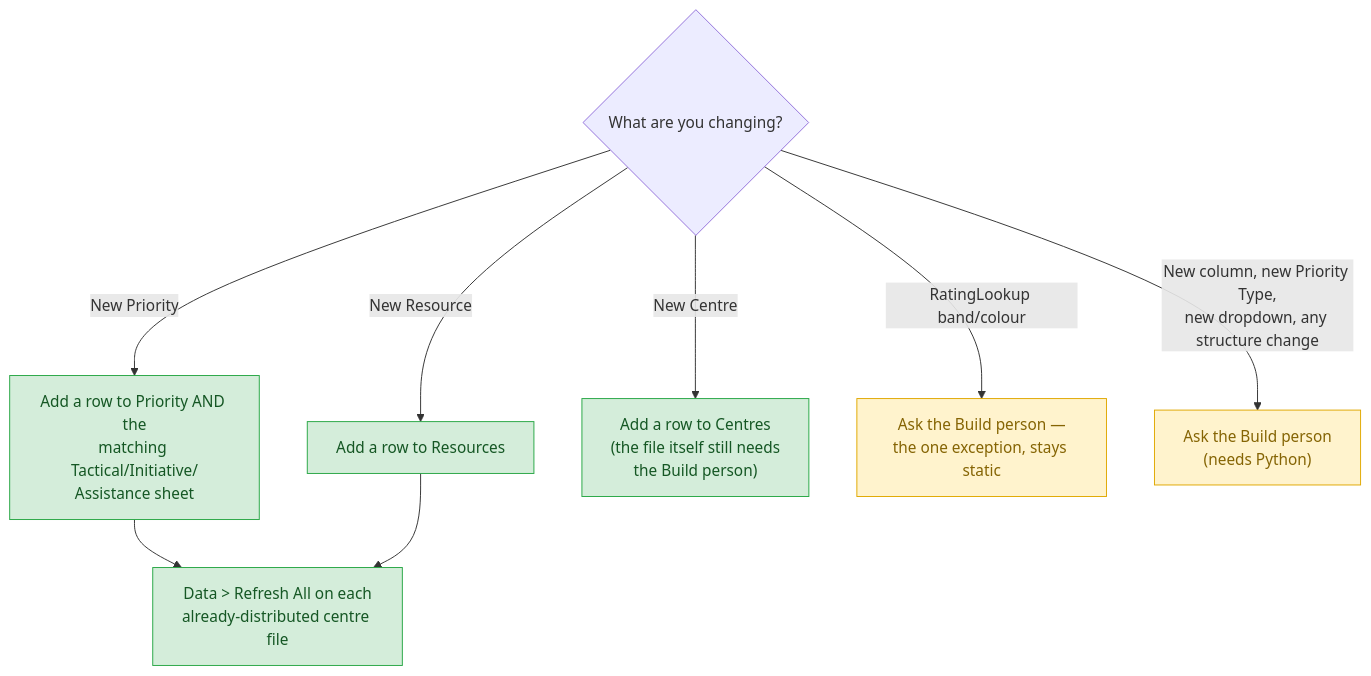
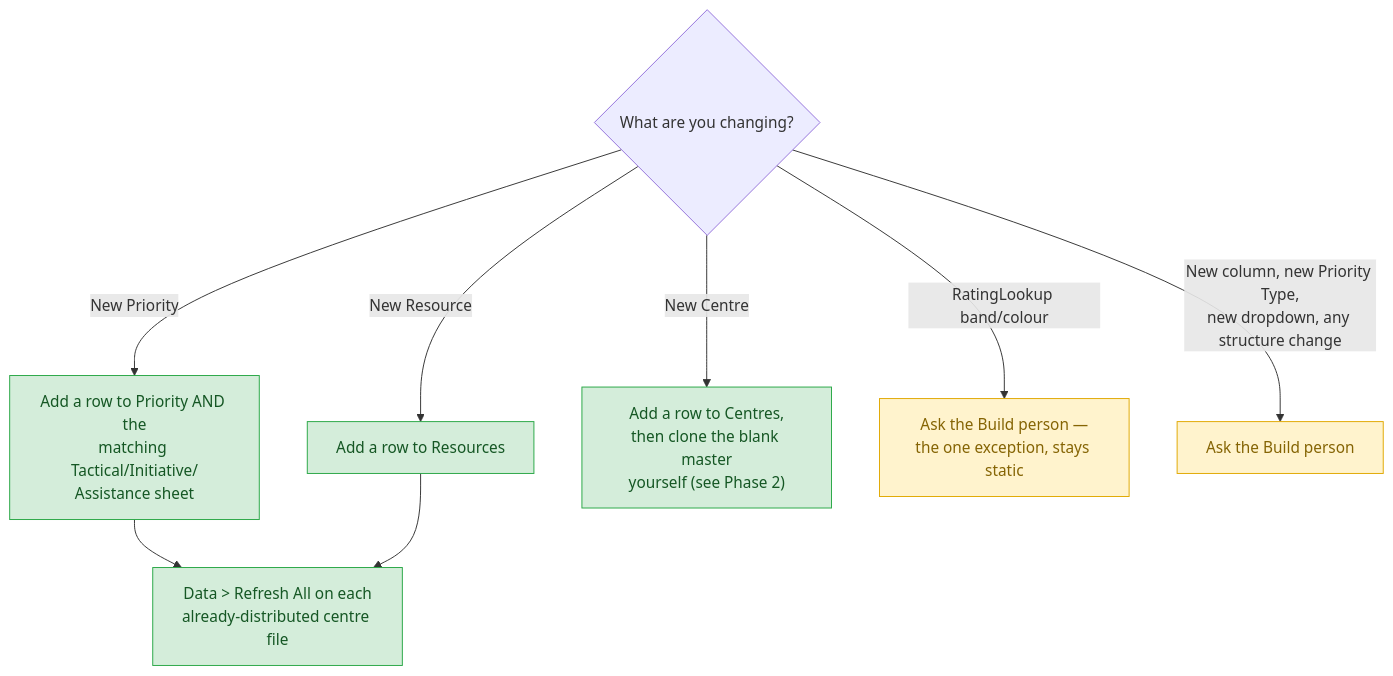
Before and after one commit to Gajol/Prioritization: the second of 2 diagrams in docs/management-user-guide.md, drawn with Mermaid. The commit also changed other lines of this file, not shown here.

First line of the commit message:
Add manual clone-and-rename alternative for creating centre files

````diff
--- a/docs/management-user-guide.md
+++ b/docs/management-user-guide.md
@@ -142,15 +170,15 @@
 ```mermaid
 flowchart TD
     classDef excel fill:#d4edda,stroke:#28a745,color:#155724
     classDef build fill:#fff3cd,stroke:#e0a800,color:#856404
 
     Q{What are you changing?}
     Q -->|New Priority| R1["Add a row to Priority AND the<br/>matching Tactical/Initiative/<br/>Assistance sheet"]:::excel
     Q -->|New Resource| R2["Add a row to Resources"]:::excel
-    Q -->|New Centre| R3["Add a row to Centres<br/>(the file itself still needs<br/>the Build person)"]:::excel
+    Q -->|New Centre| R3["Add a row to Centres,<br/>then clone the blank master<br/>yourself (see Phase 2)"]:::excel
     Q -->|RatingLookup band/colour| R4["Ask the Build person —<br/>the one exception, stays static"]:::build
-    Q -->|New column, new Priority Type,<br/>new dropdown, any structure change| R5["Ask the Build person<br/>(needs Python)"]:::build
+    Q -->|New column, new Priority Type,<br/>new dropdown, any structure change| R5["Ask the Build person"]:::build
 
     R1 --> F["Data > Refresh All on each<br/>already-distributed centre file"]:::excel
     R2 --> F
 ```
````
